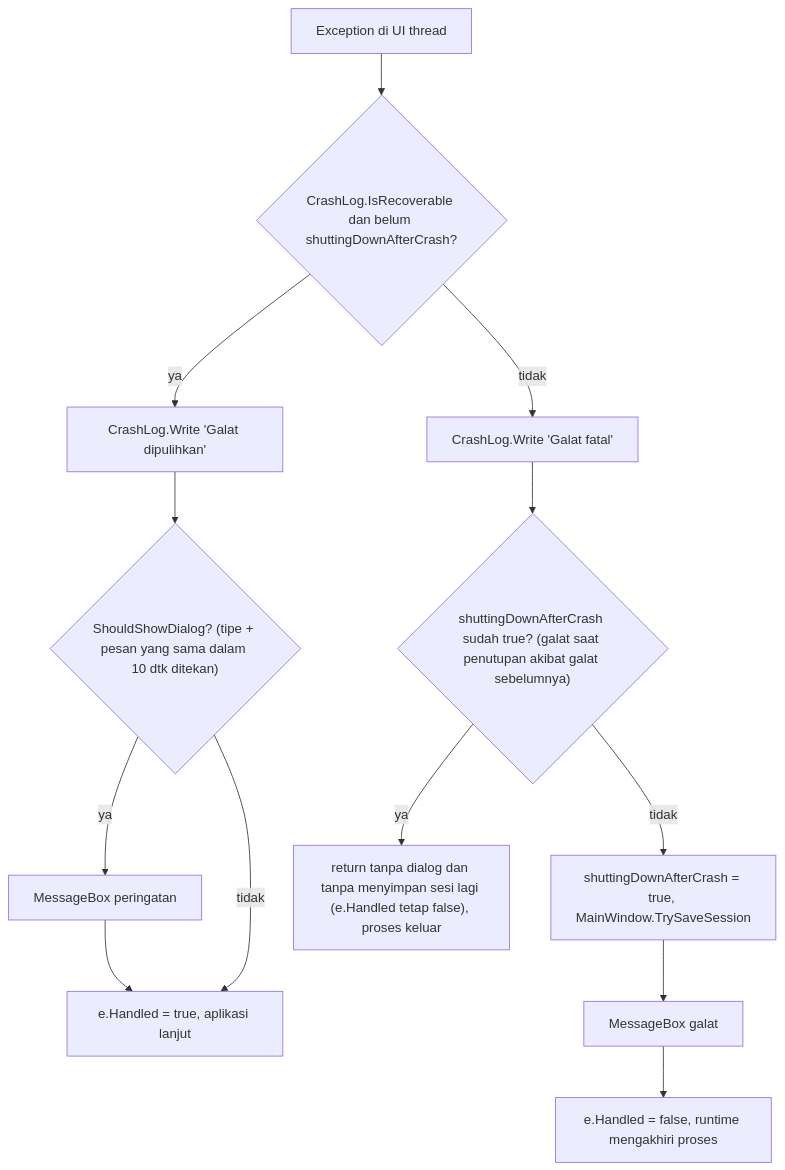
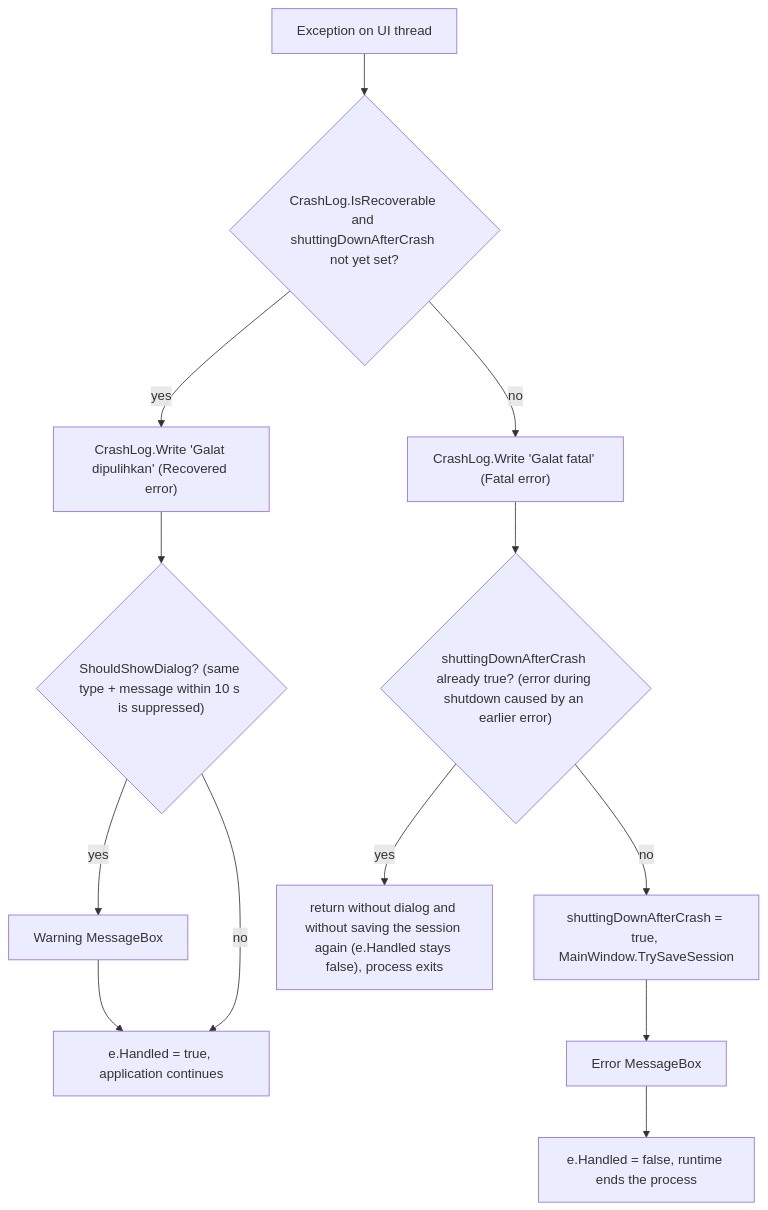
The ninth of 14 diagrams in docs/ARCHITECTURE.md (hoaaah/Makdon), drawn with Mermaid before and after one commit. The commit also changed other lines of this file and 8 other files, not shown here.

````diff
--- a/docs/ARCHITECTURE.md
+++ b/docs/ARCHITECTURE.md
@@ -489,15 +486,15 @@
 ```mermaid
 flowchart TD
-    X["Exception di UI thread"] --> R{"CrashLog.IsRecoverable dan belum shuttingDownAfterCrash?"}
-    R -- ya --> L1["CrashLog.Write 'Galat dipulihkan'"]
-    L1 --> Q{"ShouldShowDialog? (tipe + pesan yang sama dalam 10 dtk ditekan)"}
-    Q -- ya --> D1["MessageBox peringatan"]
-    Q -- tidak --> H
-    D1 --> H["e.Handled = true, aplikasi lanjut"]
-    R -- tidak --> L2["CrashLog.Write 'Galat fatal'"]
-    L2 --> SD{"shuttingDownAfterCrash sudah true? (galat saat penutupan akibat galat sebelumnya)"}
-    SD -- ya --> RT["return tanpa dialog dan tanpa menyimpan sesi lagi (e.Handled tetap false), proses keluar"]
-    SD -- tidak --> S["shuttingDownAfterCrash = true, MainWindow.TrySaveSession"]
-    S --> D2["MessageBox galat"]
-    D2 --> E["e.Handled = false, runtime mengakhiri proses"]
+    X["Exception on UI thread"] --> R{"CrashLog.IsRecoverable and shuttingDownAfterCrash not yet set?"}
+    R -- yes --> L1["CrashLog.Write 'Galat dipulihkan' (Recovered error)"]
+    L1 --> Q{"ShouldShowDialog? (same type + message within 10 s is suppressed)"}
+    Q -- yes --> D1["Warning MessageBox"]
+    Q -- no --> H
+    D1 --> H["e.Handled = true, application continues"]
+    R -- no --> L2["CrashLog.Write 'Galat fatal' (Fatal error)"]
+    L2 --> SD{"shuttingDownAfterCrash already true? (error during shutdown caused by an earlier error)"}
+    SD -- yes --> RT["return without dialog and without saving the session again (e.Handled stays false), process exits"]
+    SD -- no --> S["shuttingDownAfterCrash = true, MainWindow.TrySaveSession"]
+    S --> D2["Error MessageBox"]
+    D2 --> E["e.Handled = false, runtime ends the process"]
 ```
````
